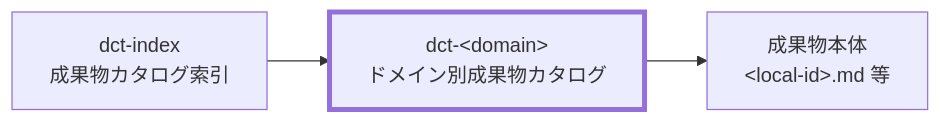
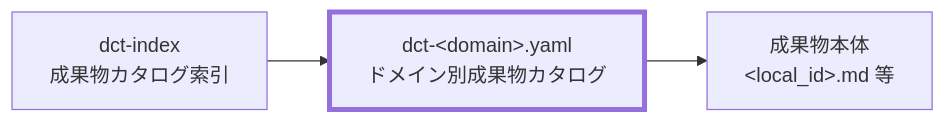
The diagram in docs/ja/specdojo/rulebooks/dct-rulebook.md (specdojo/specdojo), drawn with Mermaid before and after one commit. The commit also changed other lines of this file and 8 other files, not shown here.

````diff
--- a/docs/ja/specdojo/rulebooks/dct-rulebook.md
+++ b/docs/ja/specdojo/rulebooks/dct-rulebook.md
@@ -27,11 +29,11 @@
 ```mermaid
 flowchart LR
   DCT_IDX["dct-index<br>成果物カタログ索引"]
-  DCT_DOM["dct-&lt;domain&gt;<br>ドメイン別成果物カタログ"]
-  ART["成果物本体<br>&lt;local-id&gt;.md 等"]
+  DCT_DOM["dct-&lt;domain&gt;.yaml<br>ドメイン別成果物カタログ"]
+  ART["成果物本体<br>&lt;local_id&gt;.md 等"]
 
   DCT_IDX --> DCT_DOM --> ART
 
   classDef target stroke-width:4px
   class DCT_DOM target
 ```
````
